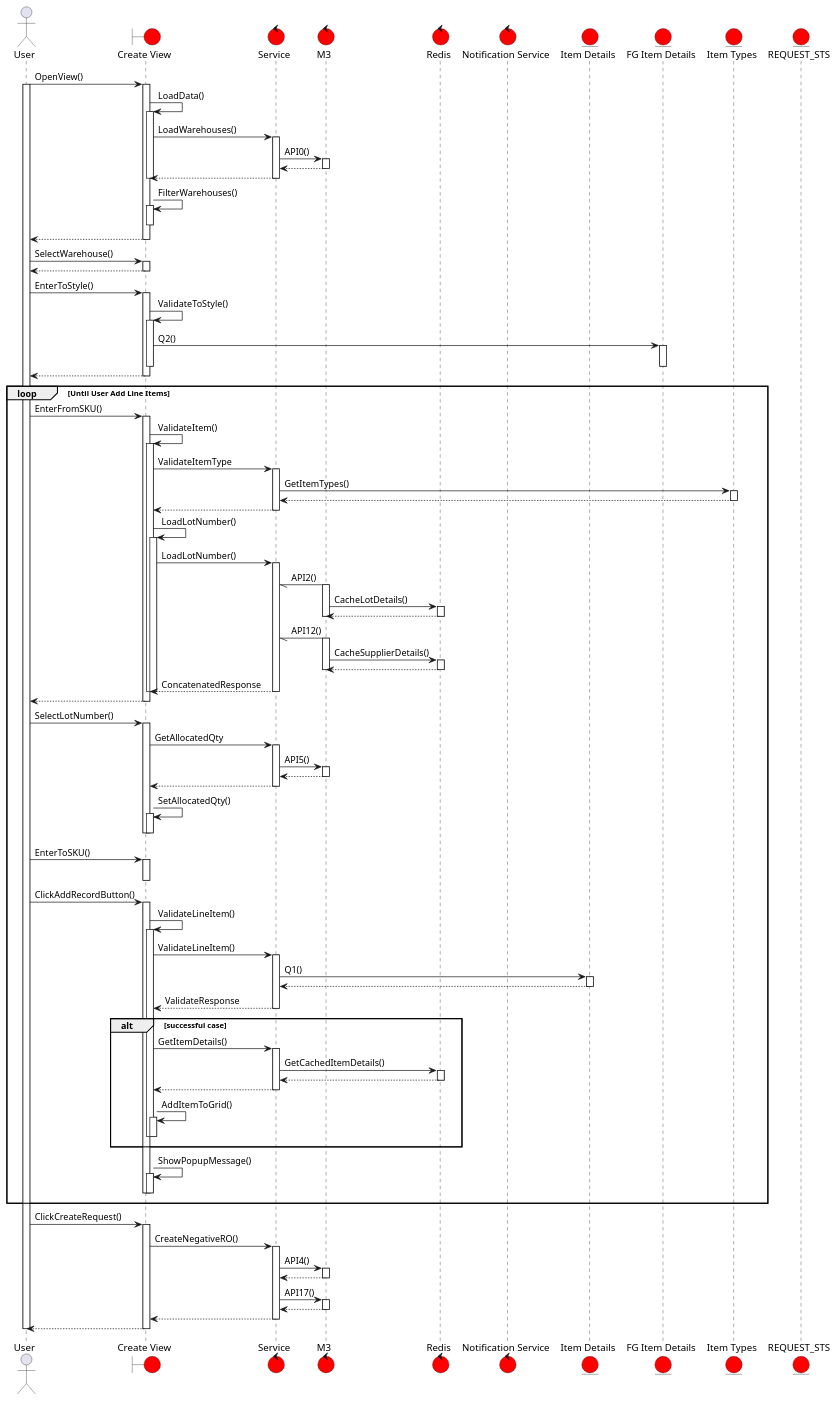
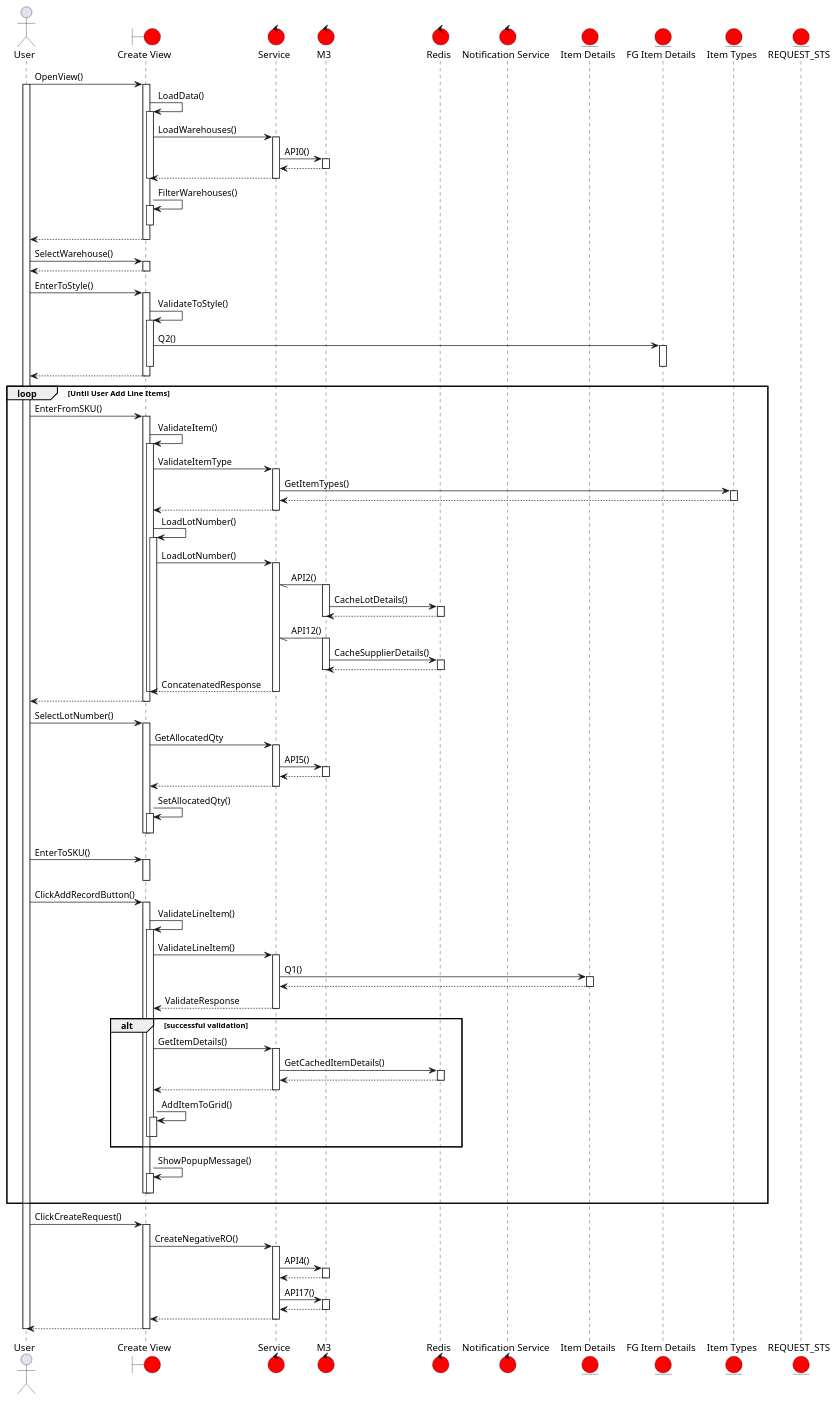
The diagram in create-merchant-sequence-diagram.puml (visalatfortude/rapid-artifacts), drawn with PlantUML before and after one commit. The commit also changed 1 other file, not shown here.

Commit message:
add warehouse confirmation sequnce diagram

```diff
--- a/create-merchant-sequence-diagram.puml
+++ b/create-merchant-sequence-diagram.puml
@@ -1,170 +1,170 @@
 @startuml "Merchant Create Request"
 
 actor       User                    as User 
 boundary "Create View"           as RECLASSCRUI  #FF0000
 control "Service"               as SERVICE #FF0000
 control "M3"                    as M3  #FF0000
 control "Redis"                 as REDIS   #FF0000
 control "Notification Service"  as NOTIFSER    #FF0000
 entity "Item Details"          as ITMDET    #FF0000
 entity "FG Item Details"       as FGITMDET   #FF0000
 entity "Item Types"            as ITMTP   #FF0000
 entity "REQUEST_STS"           as RQSTS   #FF0000
 
 
 User -> RECLASSCRUI : OpenView()
 activate User
     activate RECLASSCRUI
         RECLASSCRUI -> RECLASSCRUI : LoadData()
         activate RECLASSCRUI
             RECLASSCRUI -> SERVICE : LoadWarehouses()
             activate SERVICE
                 SERVICE -> M3 : API0()
                 activate M3
                     M3 --> SERVICE
                 deactivate M3
             SERVICE --> RECLASSCRUI
             deactivate SERVICE
         deactivate RECLASSCRUI
 
     RECLASSCRUI -> RECLASSCRUI : FilterWarehouses()
     activate RECLASSCRUI
     deactivate RECLASSCRUI
 
     RECLASSCRUI --> User
     deactivate RECLASSCRUI
 
 User -> RECLASSCRUI : SelectWarehouse()
 activate RECLASSCRUI
 RECLASSCRUI --> User
 deactivate RECLASSCRUI
 
 User -> RECLASSCRUI : EnterToStyle()
 activate RECLASSCRUI
     RECLASSCRUI -> RECLASSCRUI : ValidateToStyle()
     activate RECLASSCRUI
         RECLASSCRUI -> FGITMDET : Q2()
         activate FGITMDET
         deactivate FGITMDET
     deactivate RECLASSCRUI
     RECLASSCRUI --> User
 deactivate RECLASSCRUI
 
 loop Until User Add Line Items
 User -> RECLASSCRUI : EnterFromSKU()
 activate RECLASSCRUI
     RECLASSCRUI -> RECLASSCRUI : ValidateItem()
     activate RECLASSCRUI
         RECLASSCRUI -> SERVICE : ValidateItemType
         activate SERVICE
             SERVICE -> ITMTP : GetItemTypes()
             activate ITMTP
                 ITMTP --> SERVICE
             deactivate ITMTP
             SERVICE --> RECLASSCRUI
 
         deactivate SERVICE
         RECLASSCRUI -> RECLASSCRUI : LoadLotNumber()
         activate RECLASSCRUI
             RECLASSCRUI -> SERVICE :LoadLotNumber()
             activate SERVICE
                 SERVICE \\- M3 : API2()
                 activate M3
                     M3 -> REDIS : CacheLotDetails()
                     activate REDIS
                     REDIS --> M3
                     deactivate REDIS
                     
                 deactivate M3
 
                 SERVICE \\- M3 : API12()
                 activate M3
                     M3 -> REDIS : CacheSupplierDetails()
                     activate REDIS
                     REDIS --> M3
                     deactivate REDIS
                     
                 deactivate M3
             SERVICE --> RECLASSCRUI : ConcatenatedResponse
             deactivate SERVICE        
         deactivate RECLASSCRUI
 
     deactivate RECLASSCRUI
     RECLASSCRUI --> User
 deactivate RECLASSCRUI
 
 User -> RECLASSCRUI : SelectLotNumber()
 activate RECLASSCRUI
     RECLASSCRUI -> SERVICE : GetAllocatedQty
     activate SERVICE
         SERVICE -> M3 : API5()
         activate M3
             M3 --> SERVICE
         deactivate M3
     SERVICE --> RECLASSCRUI    
     deactivate SERVICE
         
     RECLASSCRUI -> RECLASSCRUI : SetAllocatedQty()
     activate RECLASSCRUI
     deactivate RECLASSCRUI
     deactivate SERVICE
 deactivate RECLASSCRUI
 deactivate RECLASSCRUI
 
 User -> RECLASSCRUI : EnterToSKU()
 activate RECLASSCRUI
 deactivate RECLASSCRUI
 
 User -> RECLASSCRUI : ClickAddRecordButton()
 activate RECLASSCRUI
     RECLASSCRUI -> RECLASSCRUI : ValidateLineItem()
     activate RECLASSCRUI
         RECLASSCRUI -> SERVICE : ValidateLineItem()
         activate SERVICE
             SERVICE -> ITMDET : Q1()
             activate ITMDET
             ITMDET --> SERVICE
             deactivate ITMDET
         SERVICE -->  RECLASSCRUI : ValidateResponse
         deactivate SERVICE
-        alt successful case
+        alt successful validation
         RECLASSCRUI -> SERVICE : GetItemDetails()
         activate SERVICE
             SERVICE -> REDIS : GetCachedItemDetails()
             activate REDIS
                 REDIS --> SERVICE
             deactivate REDIS
         SERVICE --> RECLASSCRUI
         deactivate SERVICE
         RECLASSCRUI -> RECLASSCRUI : AddItemToGrid()
         activate RECLASSCRUI
         deactivate RECLASSCRUI            
       
     deactivate RECLASSCRUI
     end
 
     RECLASSCRUI -> RECLASSCRUI : ShowPopupMessage()
     activate RECLASSCRUI
     deactivate RECLASSCRUI
 deactivate RECLASSCRUI
 end
 
 User -> RECLASSCRUI: ClickCreateRequest()
 activate RECLASSCRUI
     RECLASSCRUI -> SERVICE : CreateNegativeRO()
     activate SERVICE
         SERVICE -> M3 : API4()
         activate M3
             M3 --> SERVICE
         deactivate M3
         SERVICE -> M3 : API17()
         activate M3
             M3 --> SERVICE
         deactivate M3
     SERVICE --> RECLASSCRUI
     deactivate SERVICE
 RECLASSCRUI --> User    
 deactivate RECLASSCRUI
 
 deactivate User
 @enduml
```
